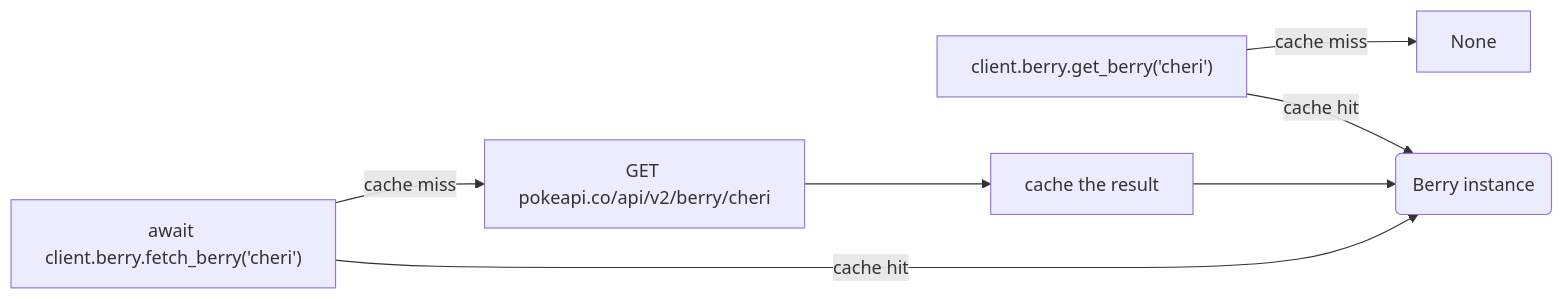
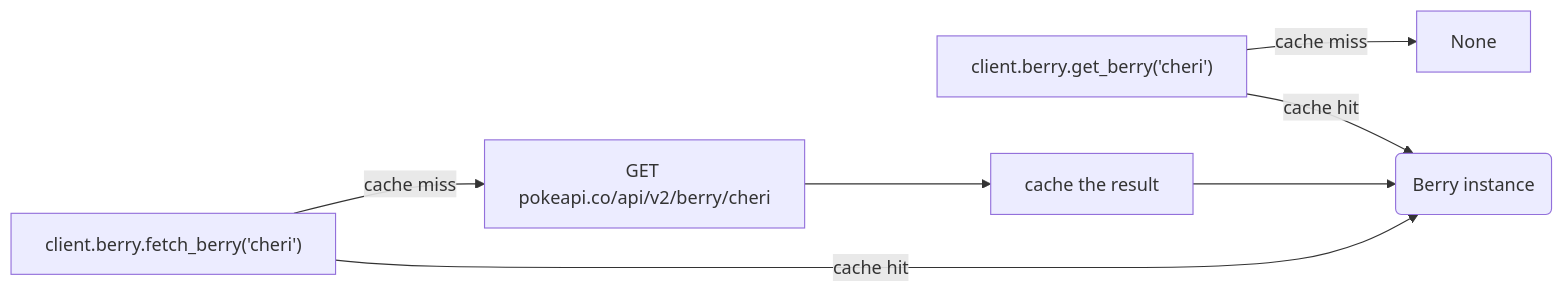
Before and after one commit to FallenDeity/PokeLance: the diagram in docs/guide/fetching_data.md, drawn with Mermaid. The commit also changed other lines of this file and 55 other files, not shown here.

````diff
--- a/docs/guide/fetching_data.md
+++ b/docs/guide/fetching_data.md
@@ -11,7 +9,7 @@
 ``` mermaid
 flowchart LR
     A["client.berry.get_berry('cheri')"] -->|cache hit| B(Berry instance)
     A -->|cache miss| C[None]
-    D["await client.berry.fetch_berry('cheri')"] -->|cache hit| B
+    D["client.berry.fetch_berry('cheri')"] -->|cache hit| B
     D -->|cache miss| E[GET pokeapi.co/api/v2/berry/cheri] --> F[cache the result] --> B
 ```
````
